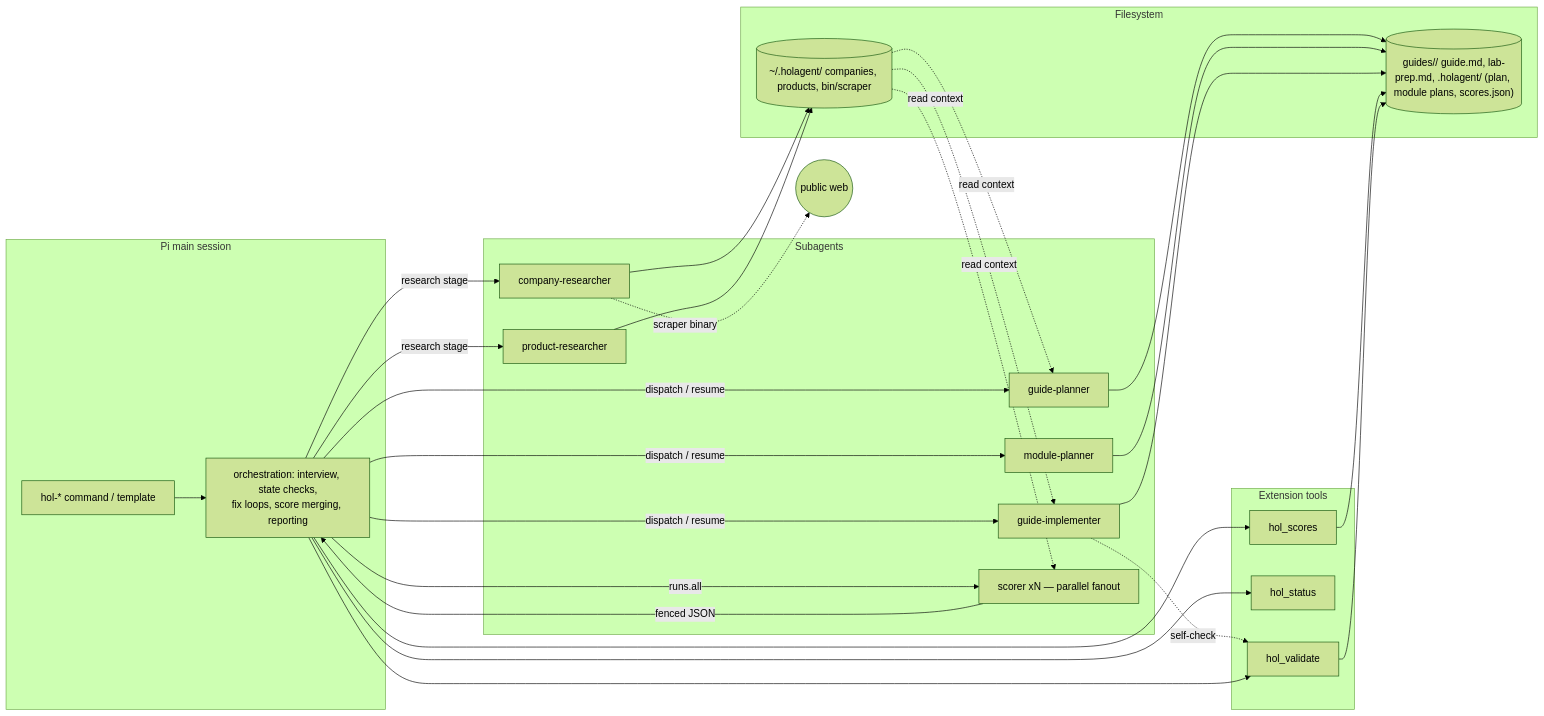
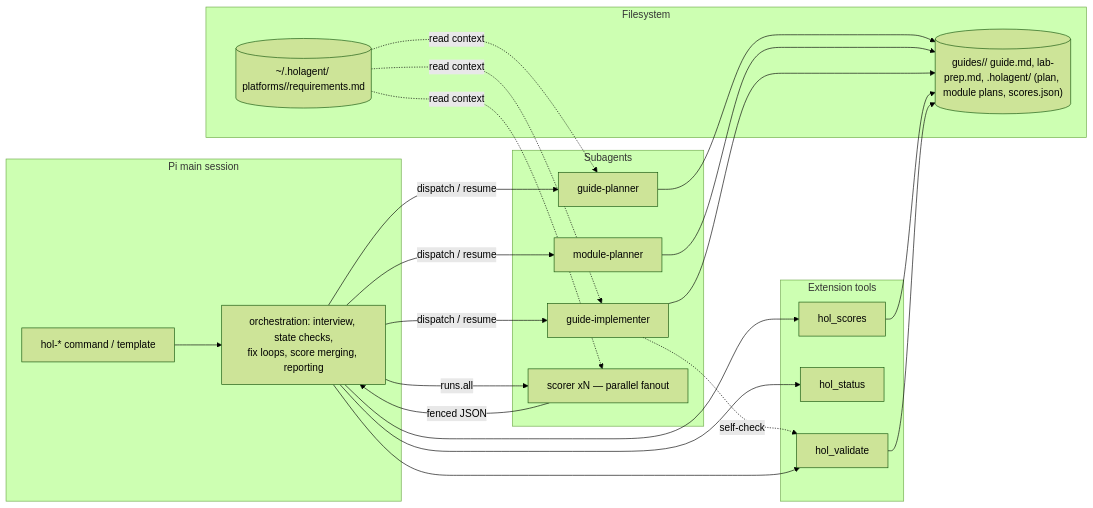
The diagram in spec/02-architecture.md (buckleyconor/holagents), drawn with Mermaid (forest theme) before and after one commit. The commit also changed other lines of this file and 55 other files, not shown here.

First line of the commit message:
Remove research pipeline (company/product scraping)

````diff
--- a/spec/02-architecture.md
+++ b/spec/02-architecture.md
@@ -114,42 +106,35 @@
 ```mermaid
 flowchart LR
   subgraph session[Pi main session]
     CMD[hol-* command / template]
     MAIN[orchestration: interview, state checks,<br/>fix loops, score merging, reporting]
   end
   subgraph children[Subagents]
     GP[guide-planner]
     MP[module-planner]
     GI[guide-implementer]
-    CR[company-researcher]
-    PR[product-researcher]
     SC[scorer xN — parallel fanout]
   end
   subgraph ext[Extension tools]
     HV[hol_validate]
     HS[hol_status]
     HO[hol_scores]
   end
-  WEB((public web))
   subgraph data[Filesystem]
-    CACHE[("~/.holagent/ companies, products, bin/scraper")]
+    PLAT[("~/.holagent/ platforms/<name>/requirements.md")]
     GUIDE[("guides/<slug>/ guide.md, lab-prep.md, .holagent/ (plan, module plans, scores.json)")]
   end
 
   CMD --> MAIN
   MAIN -->|dispatch / resume| GP & MP & GI
   MAIN -->|runs.all| SC
-  MAIN -->|research stage| CR & PR
-  CR -. scraper binary .-> WEB
-  CR --> CACHE
-  PR --> CACHE
   GP --> GUIDE
   MP --> GUIDE
   GI --> GUIDE
   GI -. self-check .-> HV
   SC -->|fenced JSON| MAIN
   MAIN --> HO --> GUIDE
   MAIN --> HV --> GUIDE
   MAIN --> HS
-  CACHE -. read context .-> GP & GI & SC
+  PLAT -. read context .-> GP & GI & SC
 ```
````
